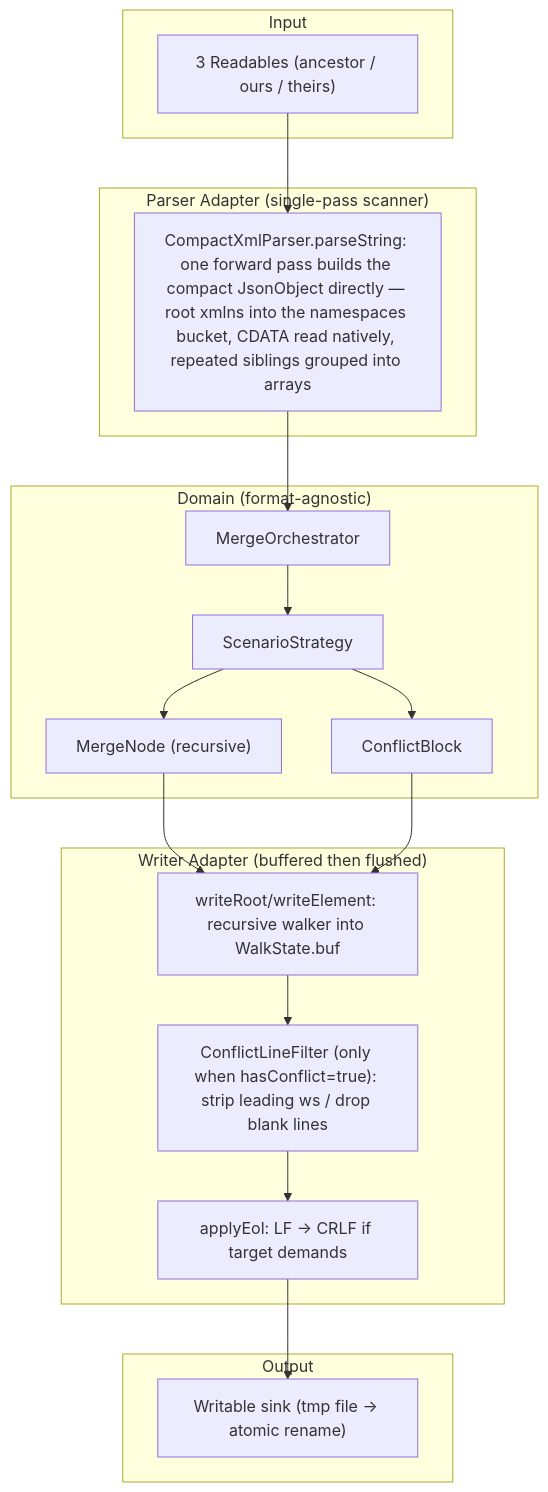
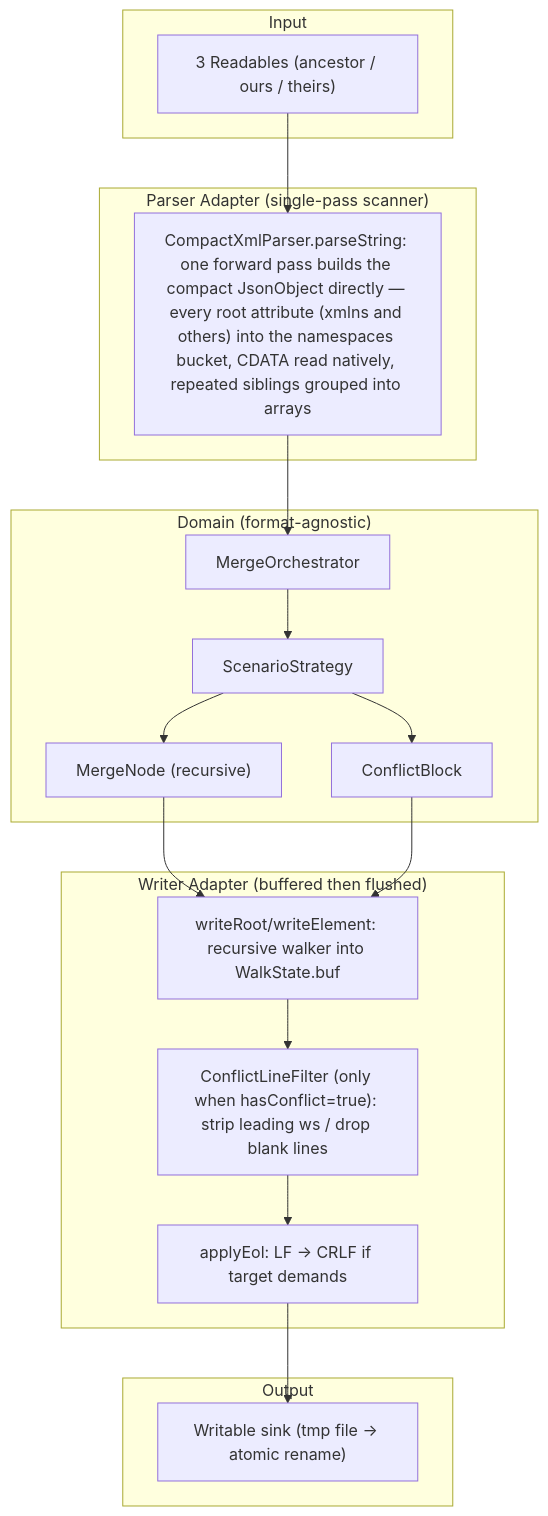
The sixth of 8 diagrams in DESIGN.md (scolladon/sf-git-merge-driver), drawn with Mermaid before and after one commit. The commit also changed other lines of this file and 53 other files, not shown here.

````diff
--- a/DESIGN.md
+++ b/DESIGN.md
@@ -296,35 +298,35 @@
 ```mermaid
 flowchart TD
     subgraph Input
         XML["3 Readables (ancestor / ours / theirs)"]
     end
 
     subgraph "Parser Adapter (single-pass scanner)"
-        Parse["CompactXmlParser.parseString: one forward pass builds the compact JsonObject directly — root xmlns into the namespaces bucket, CDATA read natively, repeated siblings grouped into arrays"]
+        Parse["CompactXmlParser.parseString: one forward pass builds the compact JsonObject directly — every root attribute (xmlns and others) into the namespaces bucket, CDATA read natively, repeated siblings grouped into arrays"]
     end
 
     subgraph "Domain (format-agnostic)"
         Orchestrator["MergeOrchestrator"]
         Strategy["ScenarioStrategy"]
         Nodes["MergeNode (recursive)"]
         Conflict["ConflictBlock"]
     end
 
     subgraph "Writer Adapter (buffered then flushed)"
         Walk["writeRoot/writeElement: recursive walker into WalkState.buf"]
         Filter["ConflictLineFilter (only when hasConflict=true): strip leading ws / drop blank lines"]
         Eol["applyEol: LF → CRLF if target demands"]
     end
 
     subgraph Output
         Result["Writable sink (tmp file → atomic rename)"]
     end
 
     XML --> Parse --> Orchestrator
     Orchestrator --> Strategy
     Strategy --> Nodes
     Strategy --> Conflict
     Nodes --> Walk
     Conflict --> Walk
     Walk --> Filter --> Eol --> Result
 ```
````
